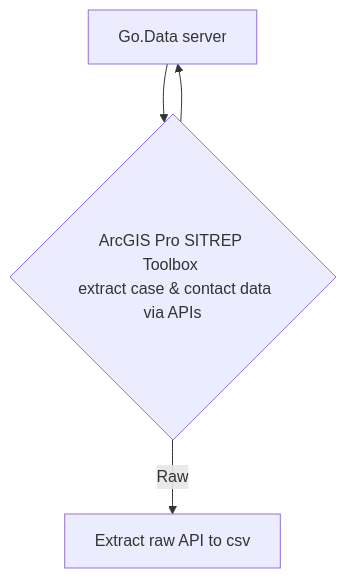
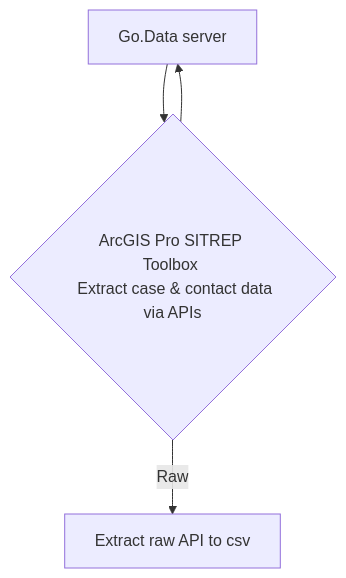
Before and after one commit to LangsterGA/mermaid: the diagram in README.md, drawn with Mermaid.

````diff
--- a/README.md
+++ b/README.md
@@ -3,6 +3,6 @@
 ```mermaid
   graph TD
-    A[Go.Data server]--> B{ArcGIS Pro SITREP Toolbox <br/> extract case & contact data<br/>via APIs};
+    A[Go.Data server]--> B{ArcGIS Pro SITREP Toolbox <br/> Extract case & contact data<br/>via APIs};
     B-->A
     B -->|Raw| C[Extract raw API to csv];
 ```
````
